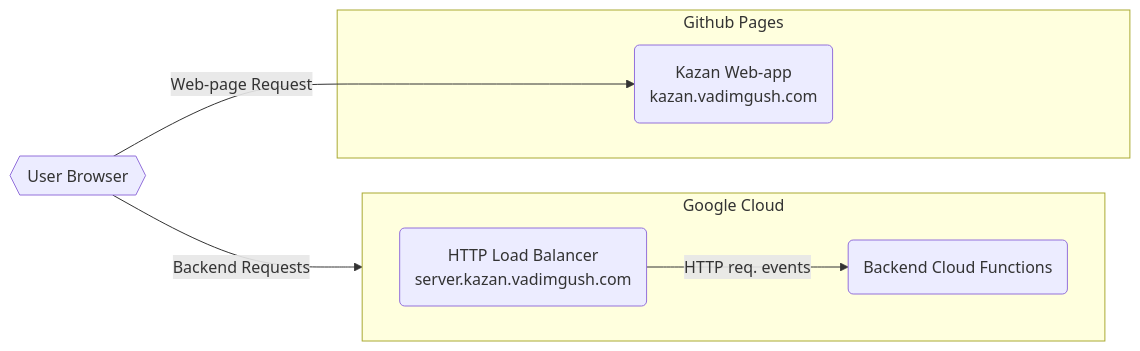
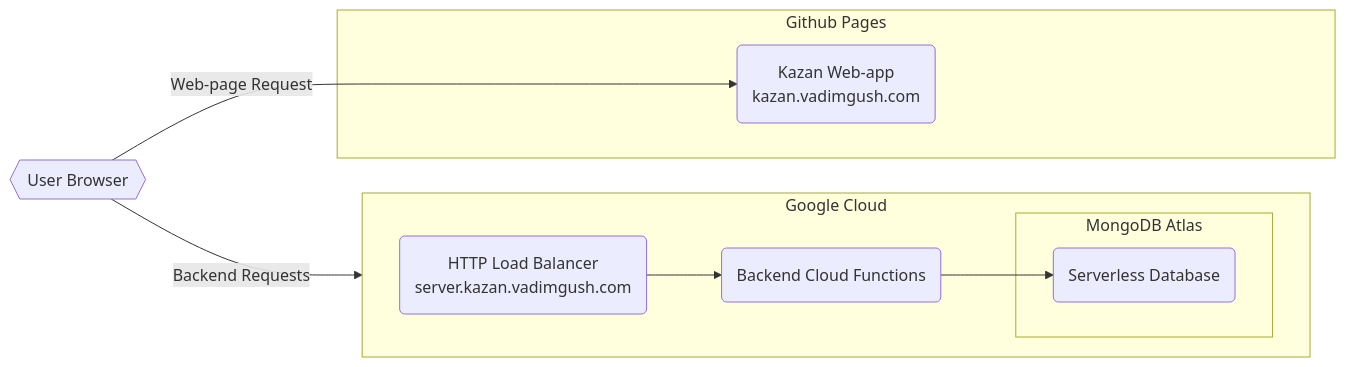
Before and after one commit to gush-labs/kazan: the diagram in server/README.md, drawn with Mermaid.

````diff
--- a/server/README.md
+++ b/server/README.md
@@ -9,19 +9,25 @@
 ```mermaid
 flowchart LR
   kazan-lb(HTTP Load Balancer\nserver.kazan.vadimgush.com)
   kazan-function(Backend Cloud Functions)
   kazan-client(Kazan Web-app\nkazan.vadimgush.com)
+  kazan-db(Serverless Database)
   browser{{User Browser}}
   
   browser -->|Web-page Request| kazan-client
   browser -->|Backend Requests| kazan-lb
+  kazan-function --> kazan-db
   
   subgraph Google Cloud
   direction LR
-  kazan-lb -->|HTTP req. events| kazan-function
+  kazan-lb --> kazan-function
+  
+    subgraph MongoDB Atlas
+    kazan-db
+    end
   end
   
   subgraph Github Pages
   kazan-client
   end
 ```
````
